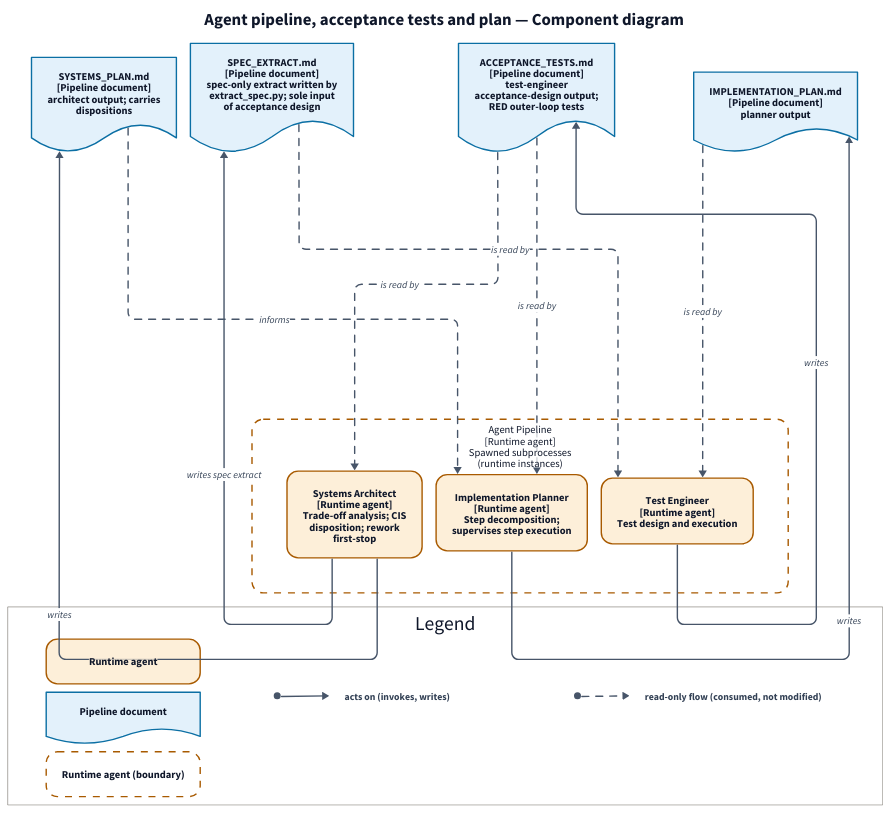
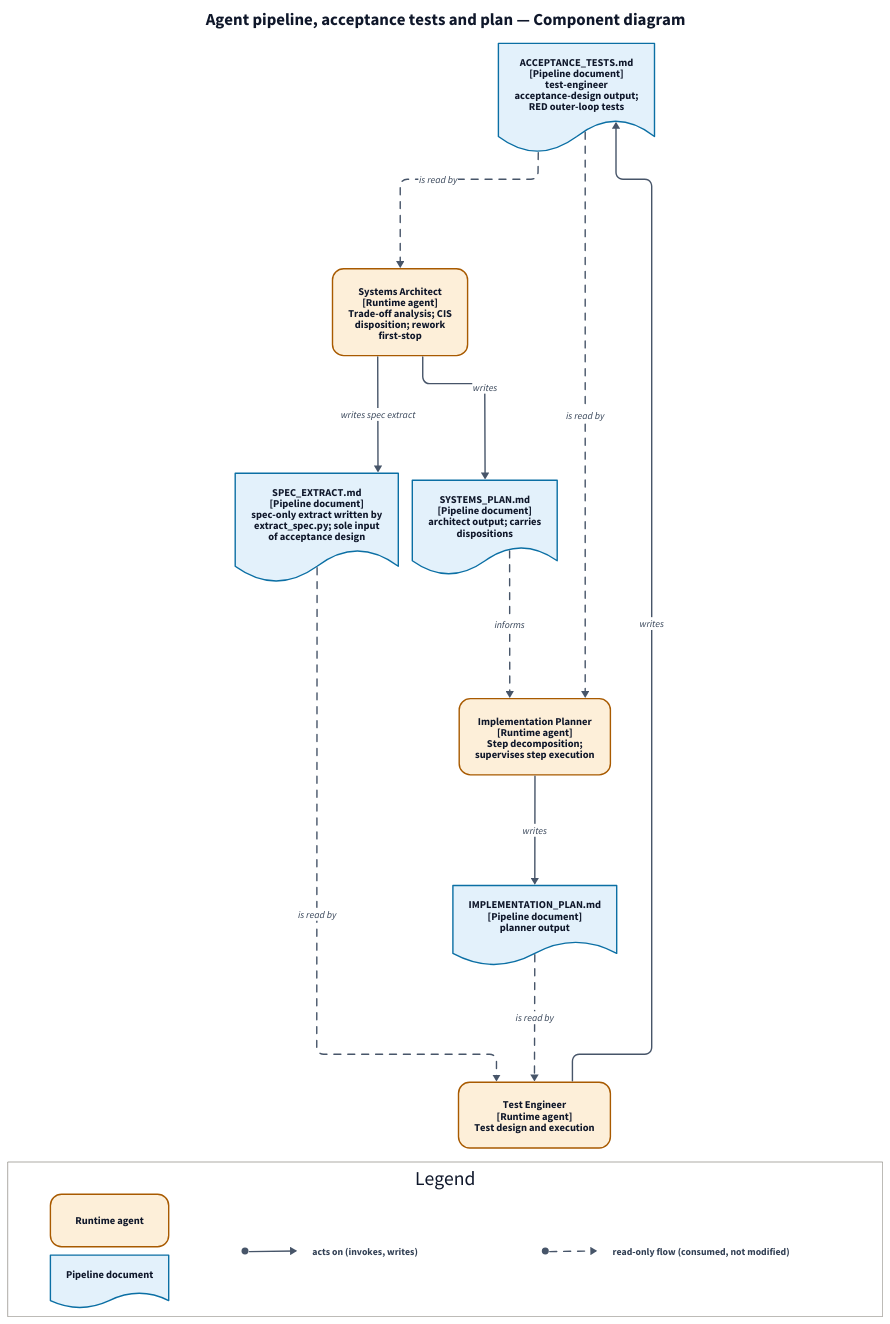
One commit to francisco-perez-sorrosal/praxion changed the diagram in docs/diagrams/architecture/rendered/agent_pipeline_plan.d2. Above: the diagram before and after it, drawn with D2. The commit also changed 9 other files, not shown here.

First line of the commit message:
feat(diagrams): Draw the forward-flow views without the pipeline frame

```diff
--- a/docs/diagrams/architecture/rendered/agent_pipeline_plan.d2
+++ b/docs/diagrams/architecture/rendered/agent_pipeline_plan.d2
@@ -30,18 +30,6 @@
       stroke-width: 2
       font-color: "#0F172A"
       font-size: 15
-    }
-  }
-  category_runtime_agent_frame: {
-    shape: rectangle
-    style: {
-      fill: transparent
-      stroke: "#A85A00"
-      stroke-width: 2
-      font-color: "#0F172A"
-      font-size: 15
-      stroke-dash: 5
-      border-radius: 16
     }
   }
   line_acts_on: {
@@ -90,21 +78,17 @@
   label: "SYSTEMS_PLAN.md\n[Pipeline document]\narchitect output; carries\ndispositions"
   class: category_pipeline_document
 }
-"el_praxion.orchestration.pipeline": {
-  label: "Agent Pipeline\n[Runtime agent]\nSpawned subprocesses\n(runtime instances)"
-  class: category_runtime_agent_frame
-  "el_praxion.orchestration.pipeline.architect": {
-    label: "Systems Architect\n[Runtime agent]\nTrade-off analysis; CIS\ndisposition; rework\nfirst-stop"
-    class: category_runtime_agent
-  }
-  "el_praxion.orchestration.pipeline.planner": {
-    label: "Implementation Planner\n[Runtime agent]\nStep decomposition;\nsupervises step execution"
-    class: category_runtime_agent
-  }
-  "el_praxion.orchestration.pipeline.test_engineer": {
-    label: "Test Engineer\n[Runtime agent]\nTest design and execution"
-    class: category_runtime_agent
-  }
+"el_praxion.orchestration.pipeline.architect": {
+  label: "Systems Architect\n[Runtime agent]\nTrade-off analysis; CIS\ndisposition; rework\nfirst-stop"
+  class: category_runtime_agent
+}
+"el_praxion.orchestration.pipeline.planner": {
+  label: "Implementation Planner\n[Runtime agent]\nStep decomposition;\nsupervises step execution"
+  class: category_runtime_agent
+}
+"el_praxion.orchestration.pipeline.test_engineer": {
+  label: "Test Engineer\n[Runtime agent]\nTest design and execution"
+  class: category_runtime_agent
 }
 Legend: {
   label: "Legend"
@@ -126,10 +110,6 @@
   category_pipeline_document: {
     label: "Pipeline document"
     class: category_pipeline_document
-  }
-  category_runtime_agent_frame: {
-    label: "Runtime agent (boundary)"
-    class: category_runtime_agent_frame
   }
   line_acts_on_sample: {
     label: ""
@@ -192,12 +172,12 @@
     }
   }
 }
-"el_praxion.orchestration.doc_acceptance" -> "el_praxion.orchestration.pipeline"."el_praxion.orchestration.pipeline.architect": "is read by" {class: line_read_only}
-"el_praxion.orchestration.doc_acceptance" -> "el_praxion.orchestration.pipeline"."el_praxion.orchestration.pipeline.planner": "is read by" {class: line_read_only}
-"el_praxion.orchestration.doc_impl_plan" -> "el_praxion.orchestration.pipeline"."el_praxion.orchestration.pipeline.test_engineer": "is read by" {class: line_read_only}
-"el_praxion.orchestration.doc_spec_extract" -> "el_praxion.orchestration.pipeline"."el_praxion.orchestration.pipeline.test_engineer": "is read by" {class: line_read_only}
-"el_praxion.orchestration.doc_systems" -> "el_praxion.orchestration.pipeline"."el_praxion.orchestration.pipeline.planner": "informs" {class: line_read_only}
-"el_praxion.orchestration.pipeline"."el_praxion.orchestration.pipeline.architect" -> "el_praxion.orchestration.doc_spec_extract": "writes spec extract" {class: line_acts_on}
-"el_praxion.orchestration.pipeline"."el_praxion.orchestration.pipeline.architect" -> "el_praxion.orchestration.doc_systems": "writes" {class: line_acts_on}
-"el_praxion.orchestration.pipeline"."el_praxion.orchestration.pipeline.planner" -> "el_praxion.orchestration.doc_impl_plan": "writes" {class: line_acts_on}
-"el_praxion.orchestration.pipeline"."el_praxion.orchestration.pipeline.test_engineer" -> "el_praxion.orchestration.doc_acceptance": "writes" {class: line_acts_on}
+"el_praxion.orchestration.doc_acceptance" -> "el_praxion.orchestration.pipeline.architect": "is read by" {class: line_read_only}
+"el_praxion.orchestration.doc_acceptance" -> "el_praxion.orchestration.pipeline.planner": "is read by" {class: line_read_only}
+"el_praxion.orchestration.doc_impl_plan" -> "el_praxion.orchestration.pipeline.test_engineer": "is read by" {class: line_read_only}
+"el_praxion.orchestration.doc_spec_extract" -> "el_praxion.orchestration.pipeline.test_engineer": "is read by" {class: line_read_only}
+"el_praxion.orchestration.doc_systems" -> "el_praxion.orchestration.pipeline.planner": "informs" {class: line_read_only}
+"el_praxion.orchestration.pipeline.architect" -> "el_praxion.orchestration.doc_spec_extract": "writes spec extract" {class: line_acts_on}
+"el_praxion.orchestration.pipeline.architect" -> "el_praxion.orchestration.doc_systems": "writes" {class: line_acts_on}
+"el_praxion.orchestration.pipeline.planner" -> "el_praxion.orchestration.doc_impl_plan": "writes" {class: line_acts_on}
+"el_praxion.orchestration.pipeline.test_engineer" -> "el_praxion.orchestration.doc_acceptance": "writes" {class: line_acts_on}
```
